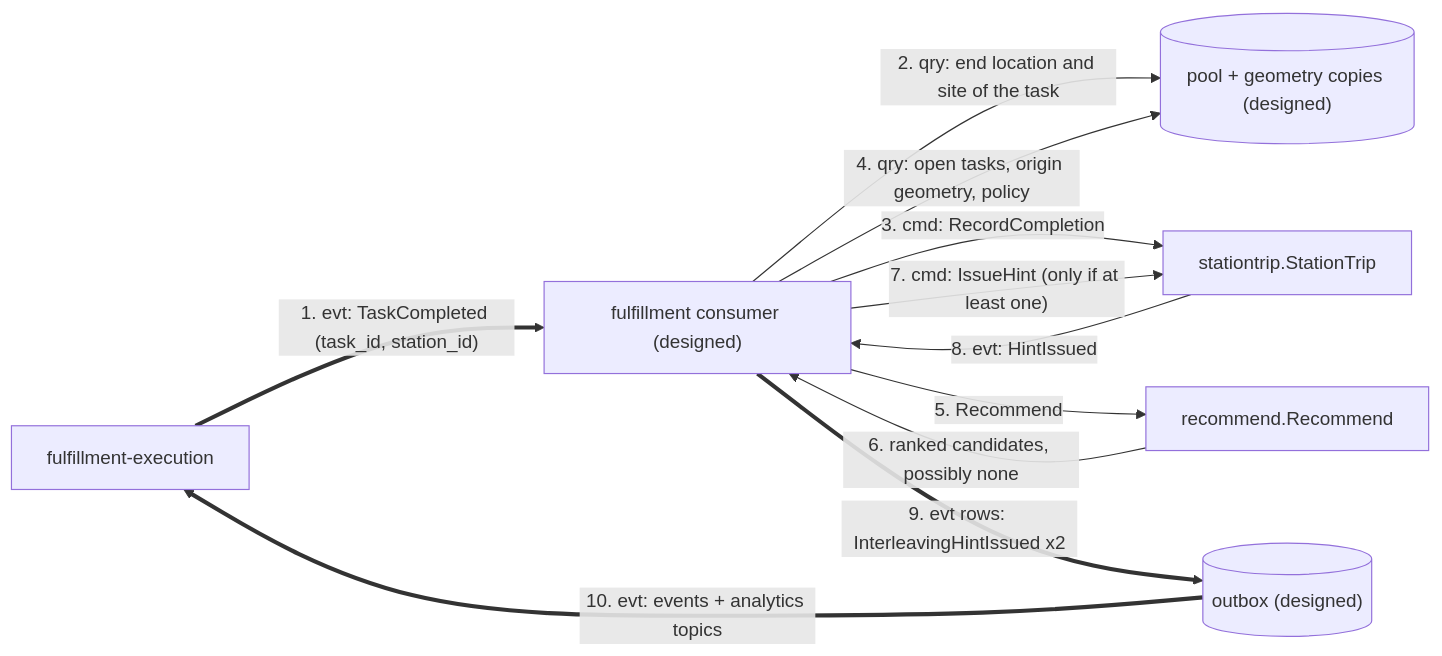
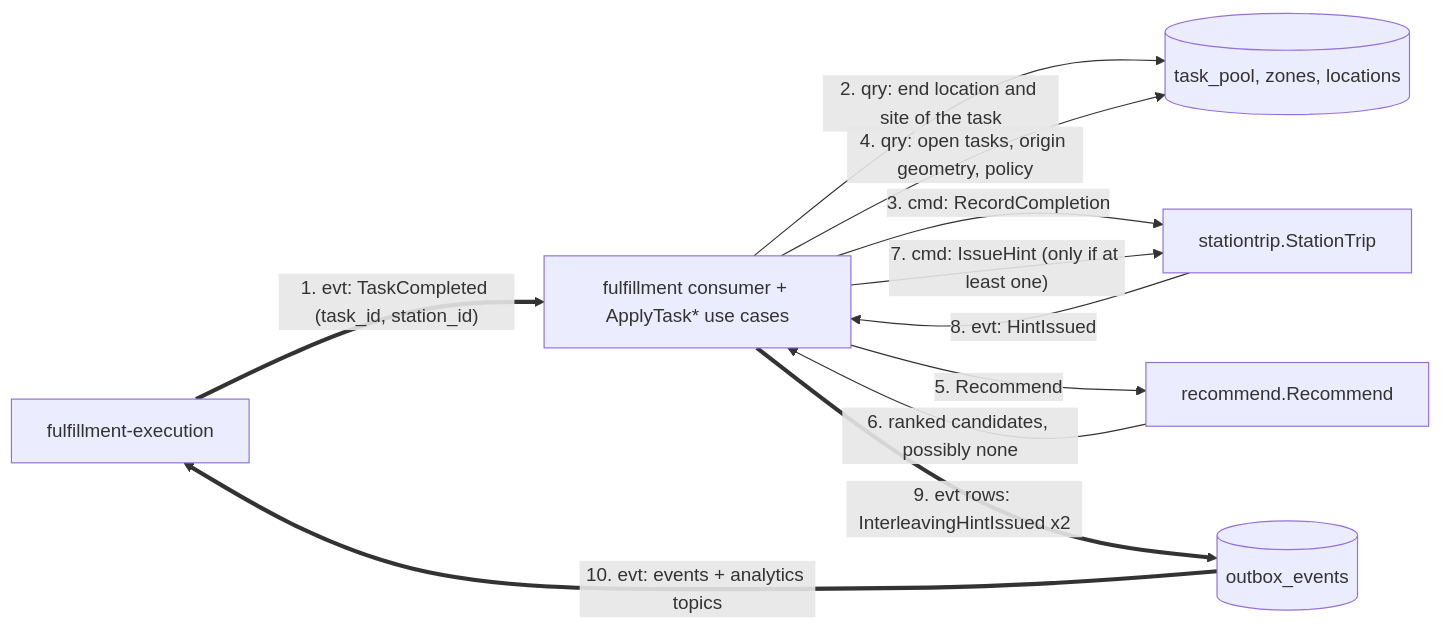
Before and after one commit to IQVO/task-interleaving: the second of 5 diagrams in docs/docs/ddd/domain-message-flow.md, drawn with Mermaid. The commit also changed other lines of this file and 15 other files, not shown here.

````diff
--- a/docs/docs/ddd/domain-message-flow.md
+++ b/docs/docs/ddd/domain-message-flow.md
@@ -41,19 +45,19 @@
 ```mermaid
 flowchart LR
     fe["fulfillment-execution"]
-    cons["fulfillment consumer (designed)"]
-    pool[("pool + geometry copies (designed)")]
+    cons["fulfillment consumer + ApplyTask* use cases"]
+    pool[("task_pool, zones, locations")]
     rec["recommend.Recommend"]
     trip["stationtrip.StationTrip"]
-    ob[("outbox (designed)")]
+    ob[("outbox_events")]
     fe ==>|"1. evt: TaskCompleted (task_id, station_id)"| cons
     cons -->|"2. qry: end location and site of the task"| pool
     cons -->|"3. cmd: RecordCompletion"| trip
     cons -->|"4. qry: open tasks, origin geometry, policy"| pool
     cons -->|"5. Recommend"| rec
     rec -->|"6. ranked candidates, possibly none"| cons
     cons -->|"7. cmd: IssueHint (only if at least one)"| trip
     trip -->|"8. evt: HintIssued"| cons
     cons ==>|"9. evt rows: InterleavingHintIssued x2"| ob
     ob ==>|"10. evt: events + analytics topics"| fe
 ```
````
